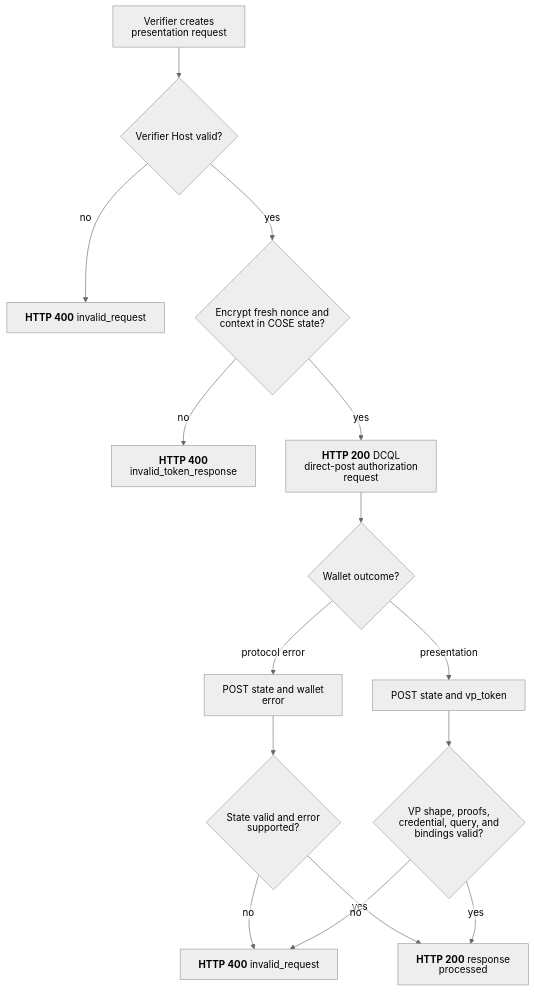
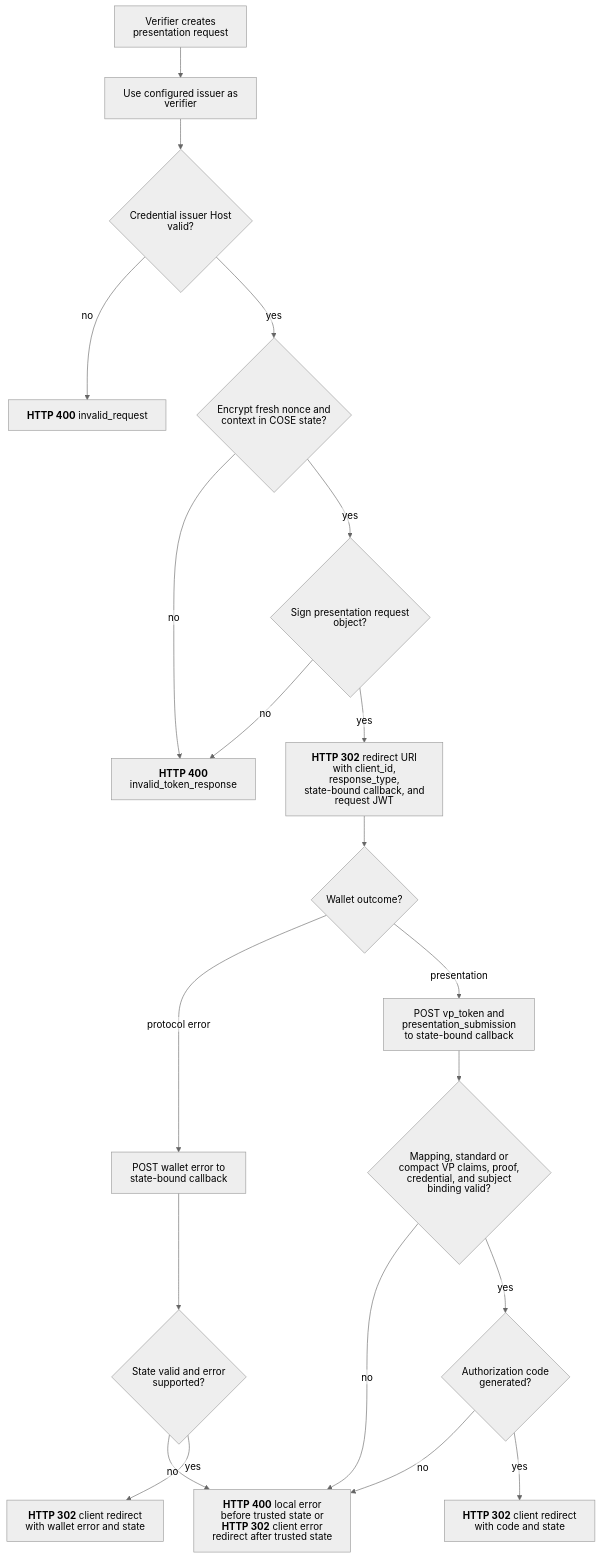
Before and after one commit to malach-it/kagome: the diagram in docs/flows/openid4vp/presentation.mmd, drawn with Mermaid (neutral theme). The commit also changed 67 other files, not shown here.

Commit message:
feat: add wallet authorization and presentation flows

```diff
--- a/docs/flows/openid4vp/presentation.mmd
+++ b/docs/flows/openid4vp/presentation.mmd
@@ -1,16 +1,21 @@
 %%{init: {"htmlLabels": false, "flowchart": {"htmlLabels": false}}}%%
 flowchart TD
-    begin[Verifier creates presentation request] --> request_host{Verifier Host valid?}
-    request_host -- no --> request_error["`**HTTP 400** invalid_request`"]
-    request_host -- yes --> protect{Encrypt fresh nonce and context in COSE state?}
+    begin[Verifier creates presentation request] --> verifier[Use configured issuer as verifier]
+    verifier --> issuer{Credential issuer Host valid?}
+    issuer -- no --> request_error["`**HTTP 400** invalid_request`"]
+    issuer -- yes --> protect{Encrypt fresh nonce and context in COSE state?}
     protect -- no --> generation_error["`**HTTP 400** invalid_token_response`"]
-    protect -- yes --> authorization["`**HTTP 200** DCQL direct-post authorization request`"]
+    protect -- yes --> sign{Sign presentation request object?}
+    sign -- no --> generation_error
+    sign -- yes --> authorization["`**HTTP 302** redirect URI with client_id, response_type, state-bound callback, and request JWT`"]
     authorization --> wallet{Wallet outcome?}
-    wallet -- protocol error --> post_error[POST state and wallet error]
-    wallet -- presentation --> post_vp[POST state and vp_token]
+    wallet -- protocol error --> post_error[POST wallet error to state-bound callback]
+    wallet -- presentation --> post_vp[POST vp_token and presentation_submission to state-bound callback]
     post_error --> error_state{State valid and error supported?}
-    error_state -- no --> response_error["`**HTTP 400** invalid_request`"]
-    error_state -- yes --> success["`**HTTP 200** response processed`"]
-    post_vp --> validate{VP shape, proofs, credential, query, and bindings valid?}
+    error_state -- no --> response_error["`**HTTP 400** local error before trusted state or **HTTP 302** client error redirect after trusted state`"]
+    error_state -- yes --> error_redirect["`**HTTP 302** client redirect with wallet error and state`"]
+    post_vp --> validate{Mapping, standard or compact VP claims, proof, credential, and subject binding valid?}
     validate -- no --> response_error
-    validate -- yes --> success
+    validate -- yes --> code{Authorization code generated?}
+    code -- no --> response_error
+    code -- yes --> success["`**HTTP 302** client redirect with code and state`"]
```
